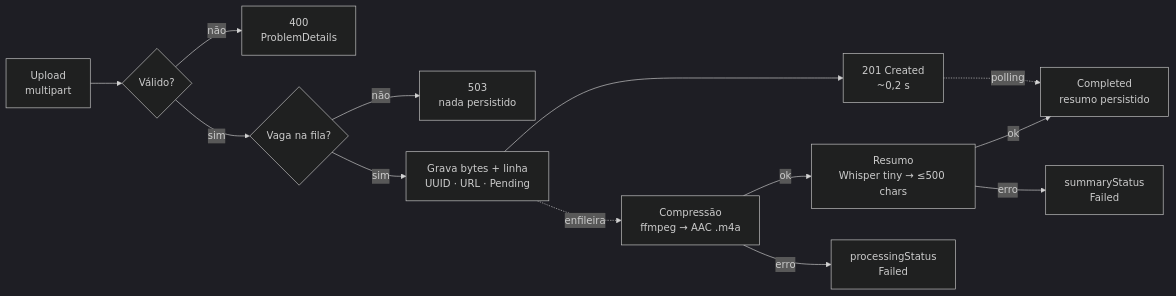
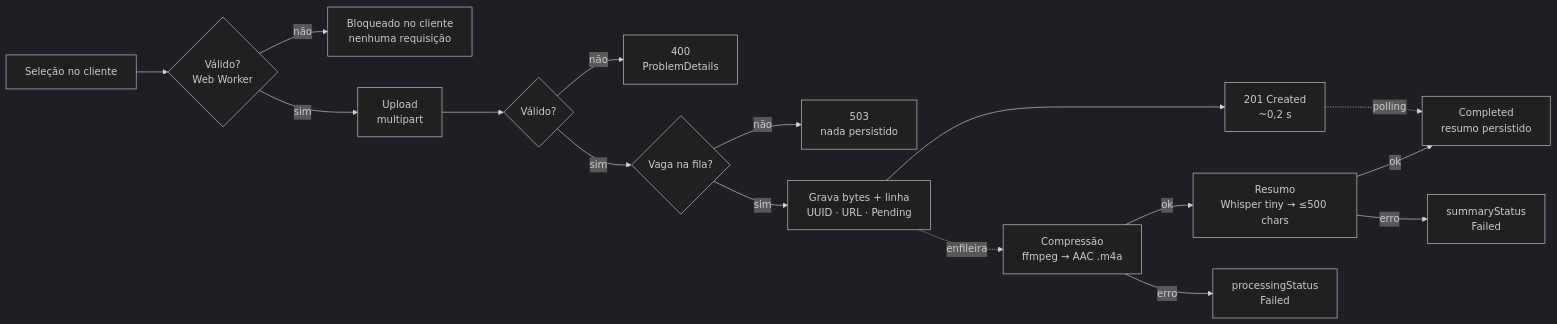
Before and after one commit to DaNnielRody/lab1-prog7-faculdade: the second of 6 diagrams in docs/ARCHITECTURE.md, drawn with Mermaid (dark theme). The commit also changed other lines of this file and 2 other files, not shown here.

First line of the commit message:
docs: registrar a validação paralela no cliente da semana 6

````diff
--- a/docs/ARCHITECTURE.md
+++ b/docs/ARCHITECTURE.md
@@ -157,15 +158,18 @@
 ```mermaid
 flowchart LR
-    U["Upload<br/>multipart"] --> V{"Válido?"}
+    CS["Seleção no cliente"] --> CV{"Válido?<br/>Web Worker"}
+    CV -- não --> ECL["Bloqueado no cliente<br/>nenhuma requisição"]
+    CV -- sim --> U["Upload<br/>multipart"]
+    U --> V{"Válido?"}
     V -- não --> E400["400<br/>ProblemDetails"]
     V -- sim --> R{"Vaga na fila?"}
     R -- não --> E503["503<br/>nada persistido"]
     R -- sim --> S["Grava bytes + linha<br/>UUID · URL · Pending"]
     S --> C201["201 Created<br/>~0,2 s"]
     S -.enfileira.-> P1["Compressão<br/>ffmpeg → AAC .m4a"]
     P1 -- ok --> P2["Resumo<br/>Whisper tiny → ≤500 chars"]
     P1 -- erro --> F1["processingStatus<br/>Failed"]
     P2 -- ok --> D["Completed<br/>resumo persistido"]
     P2 -- erro --> F2["summaryStatus<br/>Failed"]
     C201 -.polling.-> D
 ```
````
